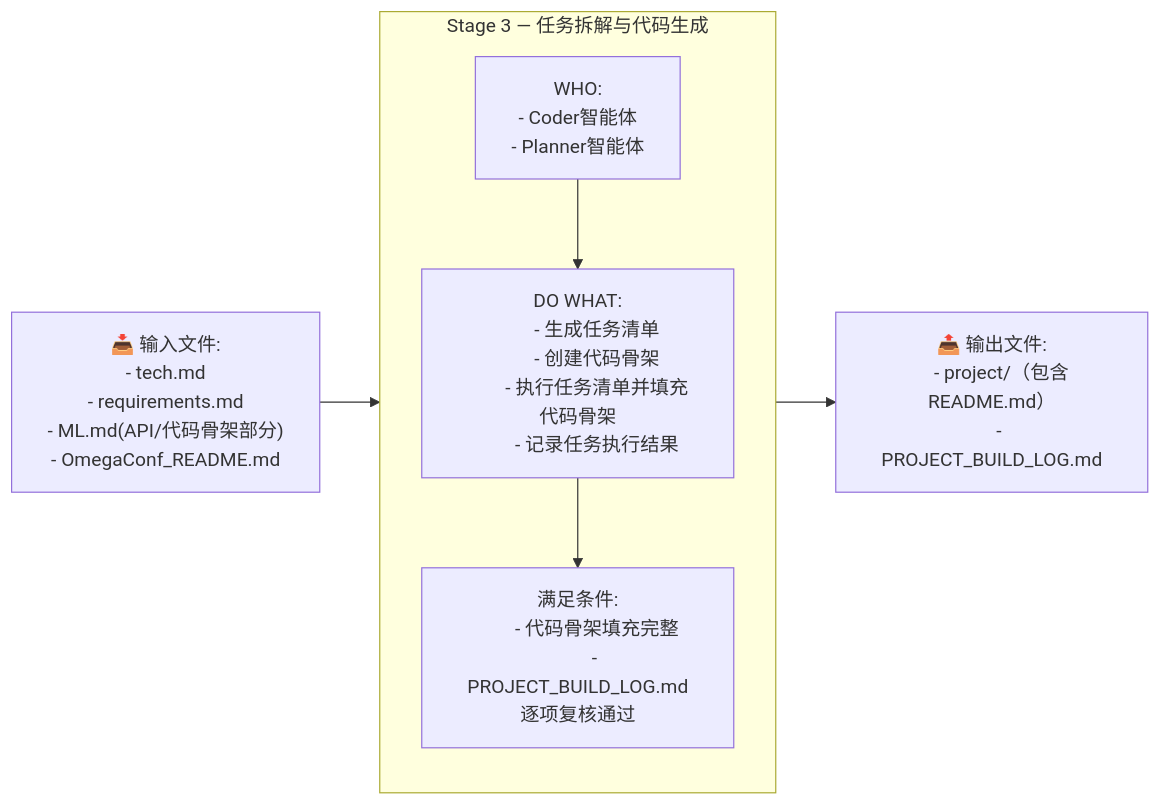
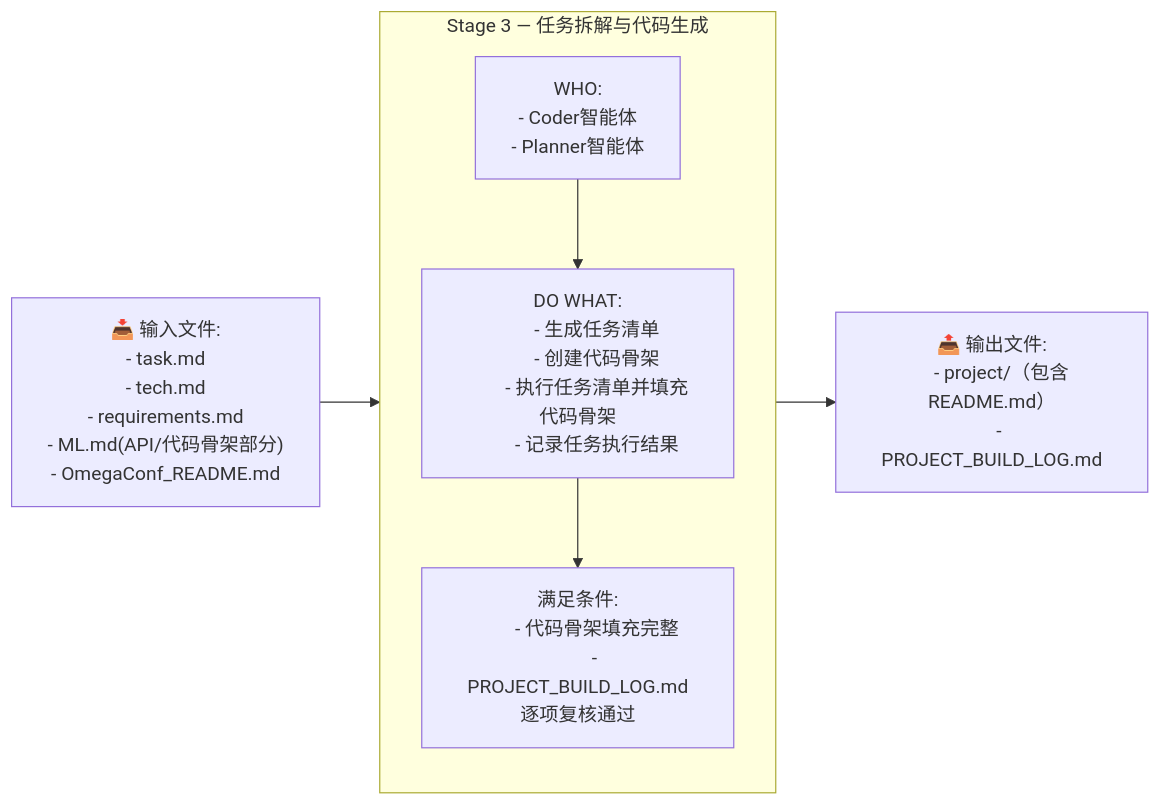
One commit to ouyangshixiong/context-engineering-zh changed the fourth of 17 diagrams in README.md. Above: the diagram before and after it, drawn with Mermaid. The commit also changed other lines of this file and 4 other files, not shown here.

````diff
--- a/README.md
+++ b/README.md
@@ -204,34 +204,35 @@
 ```mermaid
 flowchart LR
     %% ================= Stage 3 =================
     I3["📥 输入文件:
+    - task.md
     - tech.md
     - requirements.md
     - ML.md(API/代码骨架部分)
     - OmegaConf_README.md"]
 
     O3["📤 输出文件:
     - project/（包含README.md）
     - PROJECT_BUILD_LOG.md"]
 
     subgraph S3["Stage 3 — 任务拆解与代码生成"]
         direction TB
         W3["WHO:
         - Coder智能体
         - Planner智能体"]
 
         A3["DO WHAT:
         - 生成任务清单
         - 创建代码骨架
         - 执行任务清单并填充代码骨架
         - 记录任务执行结果"]
 
         V3["满足条件:
         - 代码骨架填充完整
         - PROJECT_BUILD_LOG.md逐项复核通过"]
 
         W3 --> A3 --> V3
     end
 
     I3 --> S3 --> O3
 ```
````
